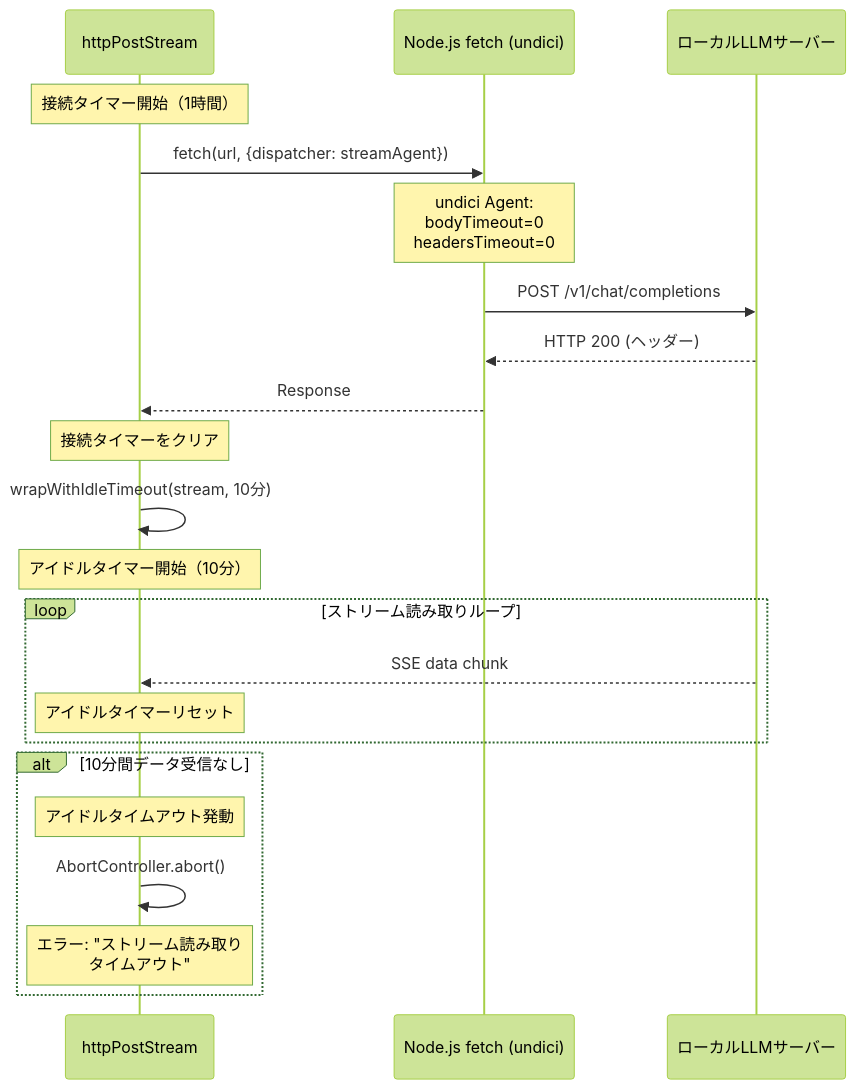
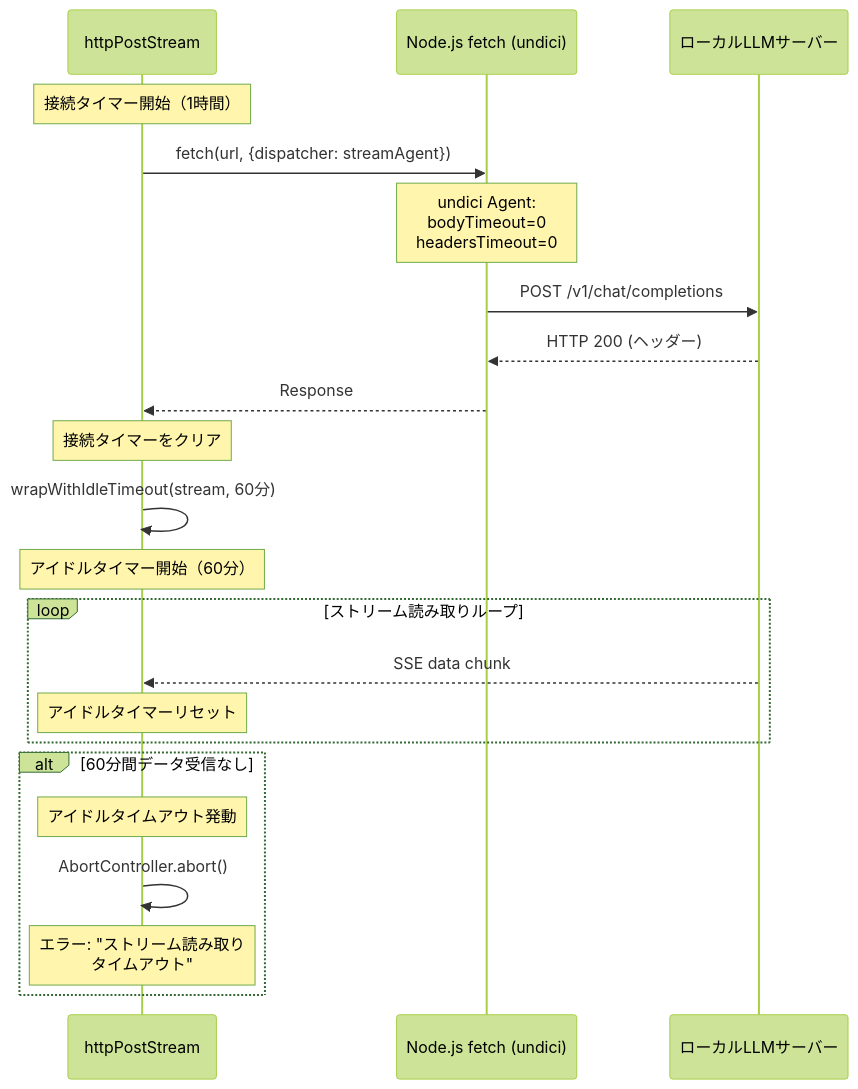
Diagram 14 of 14 in docs/internal_design.md (t2k2pp/lllmAgents), drawn with Mermaid (forest theme) before and after one commit. The commit also changed other lines of this file and 3 other files, not shown here.

````diff
--- a/docs/internal_design.md
+++ b/docs/internal_design.md
@@ -754,28 +754,28 @@
 ```mermaid
 sequenceDiagram
     participant App as httpPostStream
     participant Undici as Node.js fetch (undici)
     participant LLM as ローカルLLMサーバー
 
     Note over App: 接続タイマー開始（1時間）
     App->>Undici: fetch(url, {dispatcher: streamAgent})
     Note over Undici: undici Agent:<br/>bodyTimeout=0<br/>headersTimeout=0
     Undici->>LLM: POST /v1/chat/completions
     LLM-->>Undici: HTTP 200 (ヘッダー)
     Undici-->>App: Response
     Note over App: 接続タイマーをクリア
 
-    App->>App: wrapWithIdleTimeout(stream, 10分)
-    Note over App: アイドルタイマー開始（10分）
+    App->>App: wrapWithIdleTimeout(stream, 60分)
+    Note over App: アイドルタイマー開始（60分）
 
     loop ストリーム読み取りループ
         LLM-->>App: SSE data chunk
         Note over App: アイドルタイマーリセット
     end
 
-    alt 10分間データ受信なし
+    alt 60分間データ受信なし
         Note over App: アイドルタイムアウト発動
         App->>App: AbortController.abort()
         Note over App: エラー: "ストリーム読み取り<br/>タイムアウト"
     end
 ```
````
